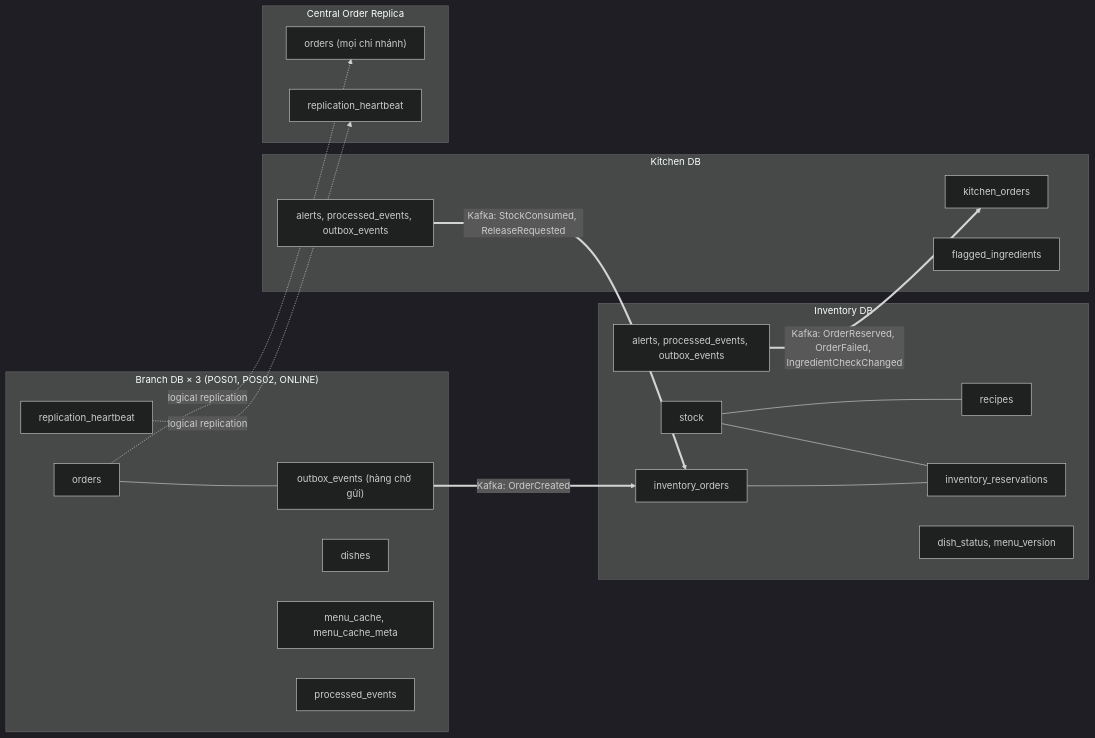
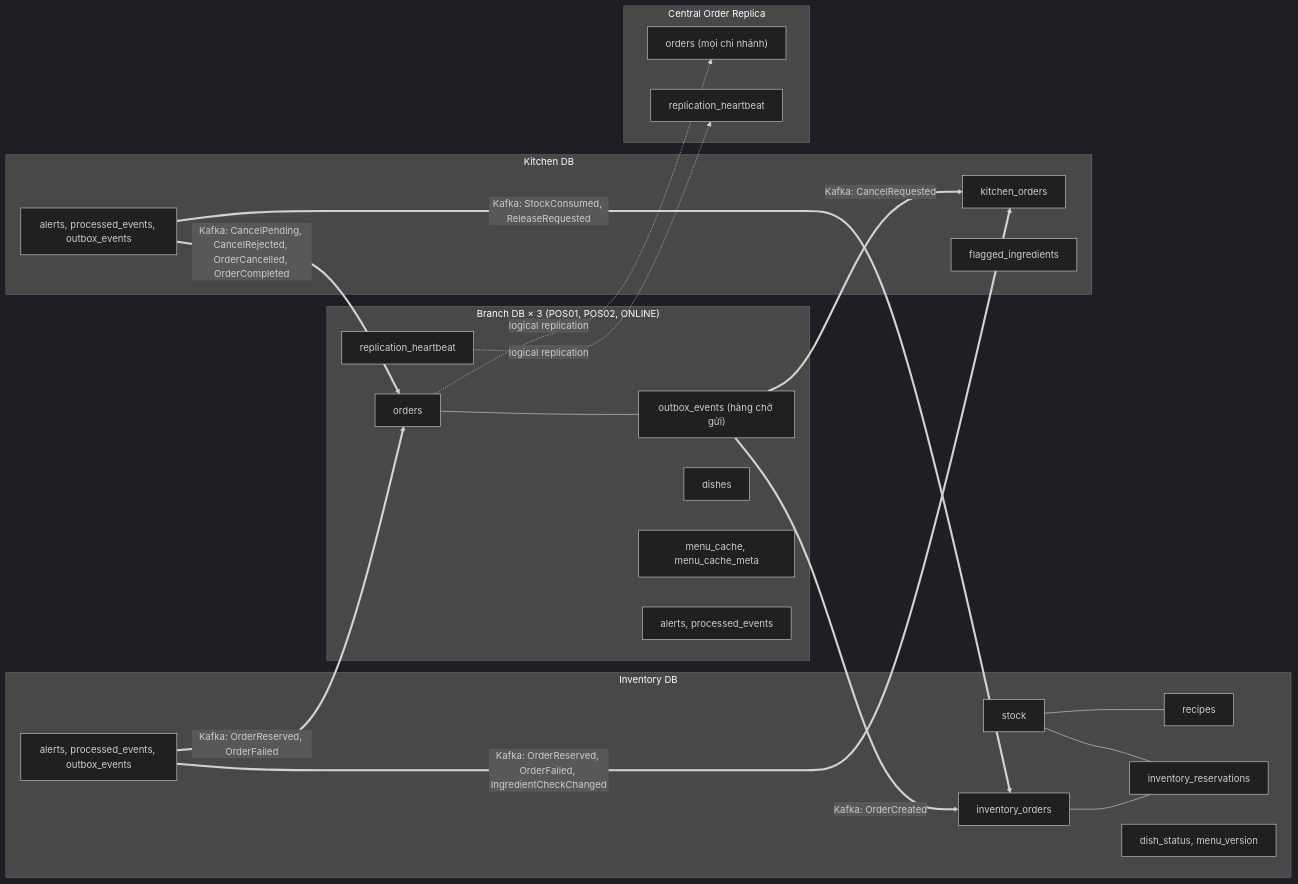
Before and after one commit to congdtptit/distributed-order-system: diagram 22 of 22 in report/02-phan-tich-thiet-ke.md, drawn with Mermaid (dark theme). The commit also changed other lines of this file and 10 other files, not shown here.

````diff
--- a/report/02-phan-tich-thiet-ke.md
+++ b/report/02-phan-tich-thiet-ke.md
@@ -422,31 +583,34 @@
 ```mermaid
 flowchart LR
   subgraph B["Branch DB × 3 (POS01, POS02, ONLINE)"]
     o["orders"] --- ob["outbox_events (hàng chờ gửi)"]
     d["dishes"]
     mc["menu_cache, menu_cache_meta"]
     rh["replication_heartbeat"]
-    pb["processed_events"]
+    pb["alerts, processed_events"]
   end
   subgraph I["Inventory DB"]
     st["stock"] --- re["recipes"]
     io["inventory_orders"] --- ir["inventory_reservations"]
     st --- ir
     ds["dish_status, menu_version"]
     ia["alerts, processed_events, outbox_events"]
   end
   subgraph K["Kitchen DB"]
     ko["kitchen_orders"]
     fi["flagged_ingredients"]
     ka["alerts, processed_events, outbox_events"]
   end
   subgraph C["Central Order Replica"]
     co["orders (mọi chi nhánh)"]
     ch["replication_heartbeat"]
   end
   o -.->|logical replication| co
   rh -.->|logical replication| ch
   ob ==>|Kafka: OrderCreated| io
   ia ==>|Kafka: OrderReserved, OrderFailed, IngredientCheckChanged| ko
   ka ==>|Kafka: StockConsumed, ReleaseRequested| io
+  ia ==>|Kafka: OrderReserved, OrderFailed| o
+  ka ==>|Kafka: CancelPending, CancelRejected, OrderCancelled, OrderCompleted| o
+  ob ==>|Kafka: CancelRequested| ko
 ```
````
